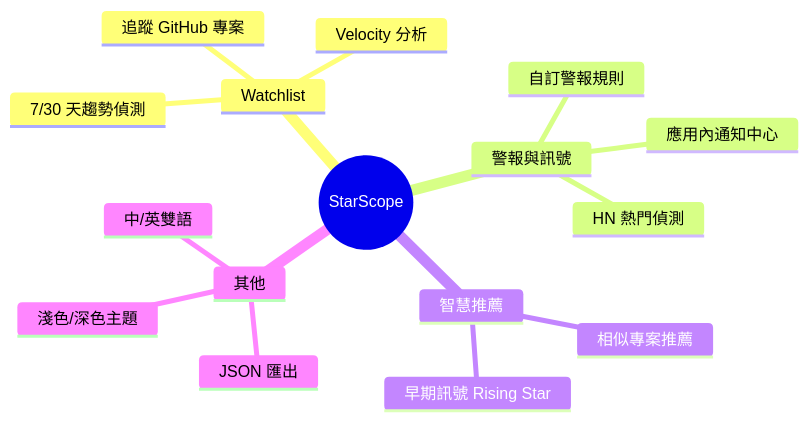
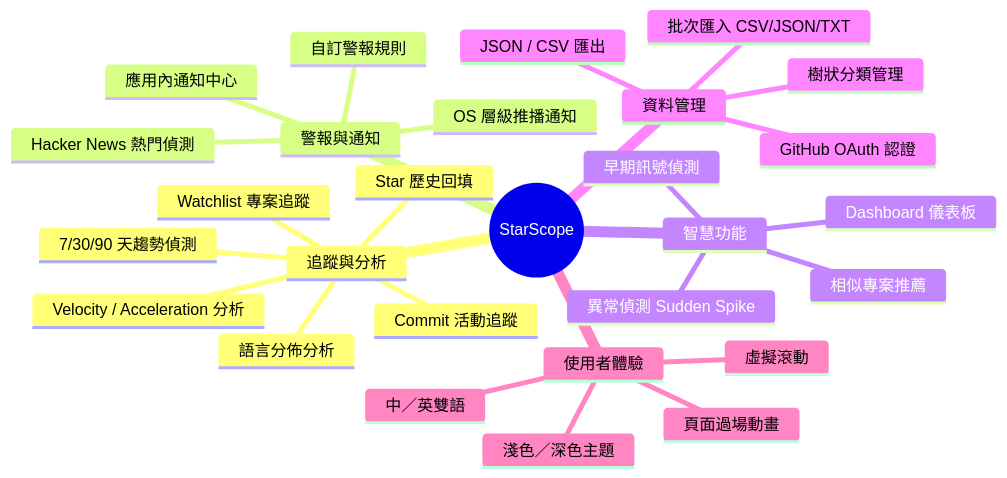
The first of 2 diagrams in README.md (Neal75418/StarScope), drawn with Mermaid before and after one commit. The commit also changed other lines of this file and 5 other files, not shown here.

````diff
--- a/README.md
+++ b/README.md
@@ -17,19 +41,31 @@
 ```mermaid
 mindmap
   root((StarScope))
-    Watchlist
-      追蹤 GitHub 專案
-      Velocity 分析
-      7/30 天趨勢偵測
-    警報與訊號
+    追蹤與分析
+      Watchlist 專案追蹤
+      Velocity / Acceleration 分析
+      7/30/90 天趨勢偵測
+      Star 歷史回填
+      Commit 活動追蹤
+      語言分佈分析
+    警報與通知
       自訂警報規則
       應用內通知中心
-      HN 熱門偵測
-    智慧推薦
+      OS 層級推播通知
+      Hacker News 熱門偵測
+    智慧功能
       相似專案推薦
-      早期訊號 Rising Star
-    其他
-      JSON 匯出
-      中/英雙語
-      淺色/深色主題
+      早期訊號偵測
+      異常偵測 Sudden Spike
+      Dashboard 儀表板
+    資料管理
+      批次匯入 CSV/JSON/TXT
+      JSON / CSV 匯出
+      樹狀分類管理
+      GitHub OAuth 認證
+    使用者體驗
+      中／英雙語
+      淺色／深色主題
+      虛擬滾動
+      頁面過場動畫
 ```
````
